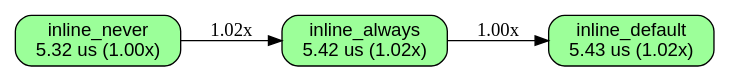
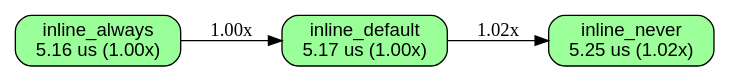
The diagram in docs/BENCHES.inline_strategy.inline_strategy_n4096.macos-aarch64-c8-bare-apple.dot (orgrinrt/hilavitkutin), drawn with Graphviz before and after one commit. The commit also changed 318 other files, not shown here.

```diff
--- a/docs/BENCHES.inline_strategy.inline_strategy_n4096.macos-aarch64-c8-bare-apple.dot
+++ b/docs/BENCHES.inline_strategy.inline_strategy_n4096.macos-aarch64-c8-bare-apple.dot
@@ -1,16 +1,16 @@
 // AUTO-GENERATED: DO NOT EDIT DIRECTLY
 //
 // Generated by: mockspace (mock)
-// Generated at: 2026-11-15T14:25:42Z
+// Generated at: 2026-11-22T21:16:19Z
 // Source: mock/
 // To regenerate: cargo mock
 
 digraph "inline_strategy/inline_strategy_n4096 on macos-aarch64-c8-bare-apple" {
   rankdir=LR;
   node [shape=box, style="rounded,filled", fontname="Helvetica"];
-  v0 [label="inline_never\n5.32 us (1.00x)", fillcolor="0.330 0.4 1.0"];
-  v1 [label="inline_always\n5.42 us (1.02x)", fillcolor="0.327 0.4 1.0"];
-  v2 [label="inline_default\n5.43 us (1.02x)", fillcolor="0.327 0.4 1.0"];
-  v0 -> v1 [label="1.02x"];
-  v1 -> v2 [label="1.00x"];
+  v0 [label="inline_always\n5.16 us (1.00x)", fillcolor="0.330 0.4 1.0"];
+  v1 [label="inline_default\n5.17 us (1.00x)", fillcolor="0.330 0.4 1.0"];
+  v2 [label="inline_never\n5.25 us (1.02x)", fillcolor="0.327 0.4 1.0"];
+  v0 -> v1 [label="1.00x"];
+  v1 -> v2 [label="1.02x"];
 }
```
